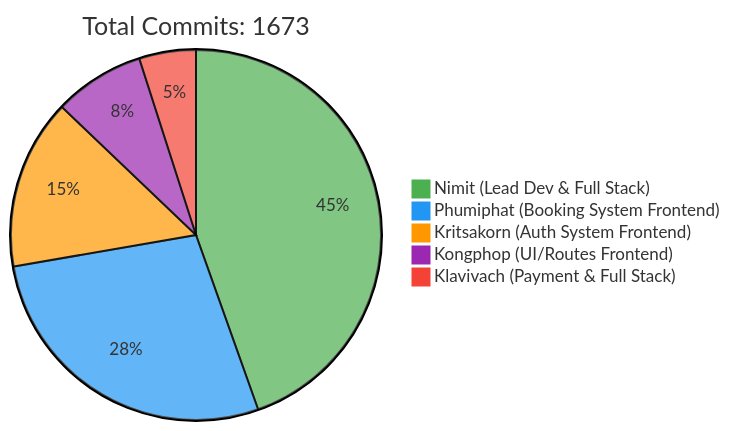
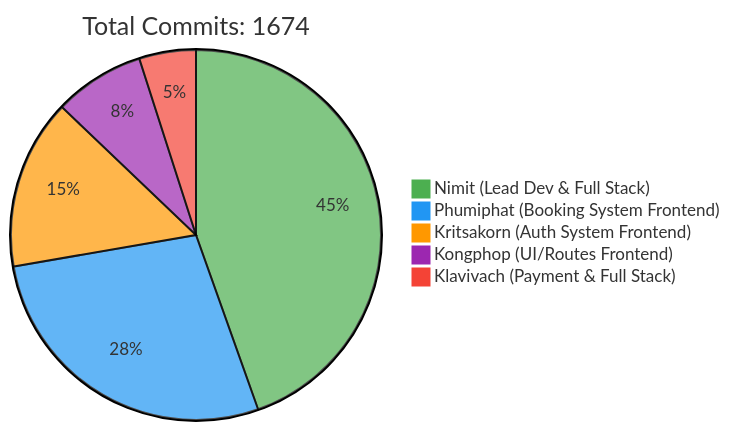
Before and after one commit to 6531503042/Sport-Complex: the first of 2 diagrams in README.md, drawn with Mermaid. The commit also changed other lines of this file, not shown here.

Commit message:
docs: Update contributor statistics [skip ci]

````diff
--- a/README.md
+++ b/README.md
@@ -257,10 +257,10 @@
 ```mermaid
 %%{init: {'theme': 'base', 'themeVariables': { 'pie1': '#4CAF50', 'pie2': '#2196F3', 'pie3': '#FF9800', 'pie4': '#9C27B0', 'pie5': '#F44336'}}}%%
 pie
-    title Total Commits: 1673
+    title Total Commits: 1674
     "Nimit (Lead Dev & Full Stack)" : 450
     "Phumiphat (Booking System Frontend)" : 280
     "Kritsakorn (Auth System Frontend)" : 150
     "Kongphop (UI/Routes Frontend)" : 80
     "Klavivach (Payment & Full Stack)" : 50
 ```
````
